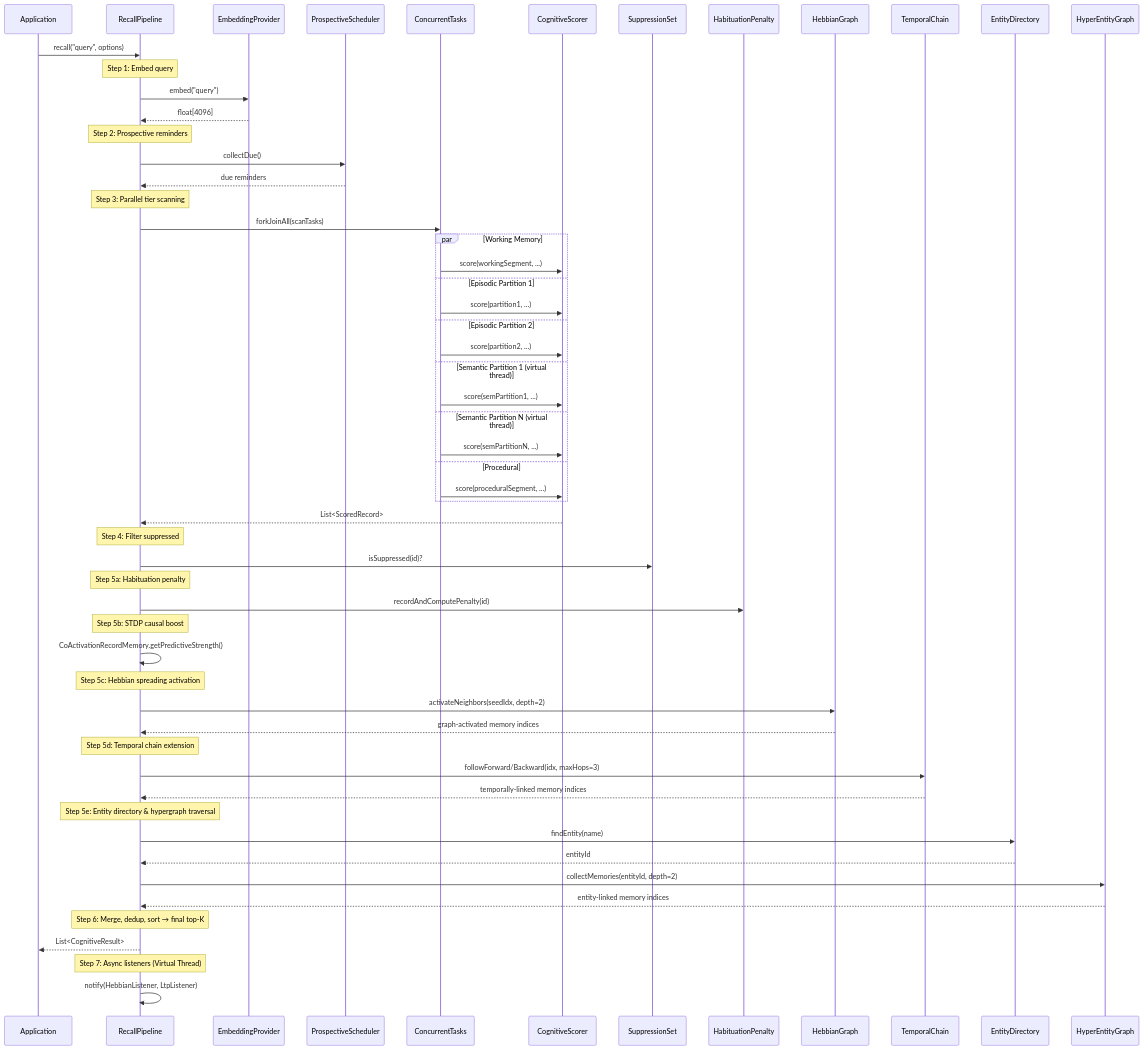
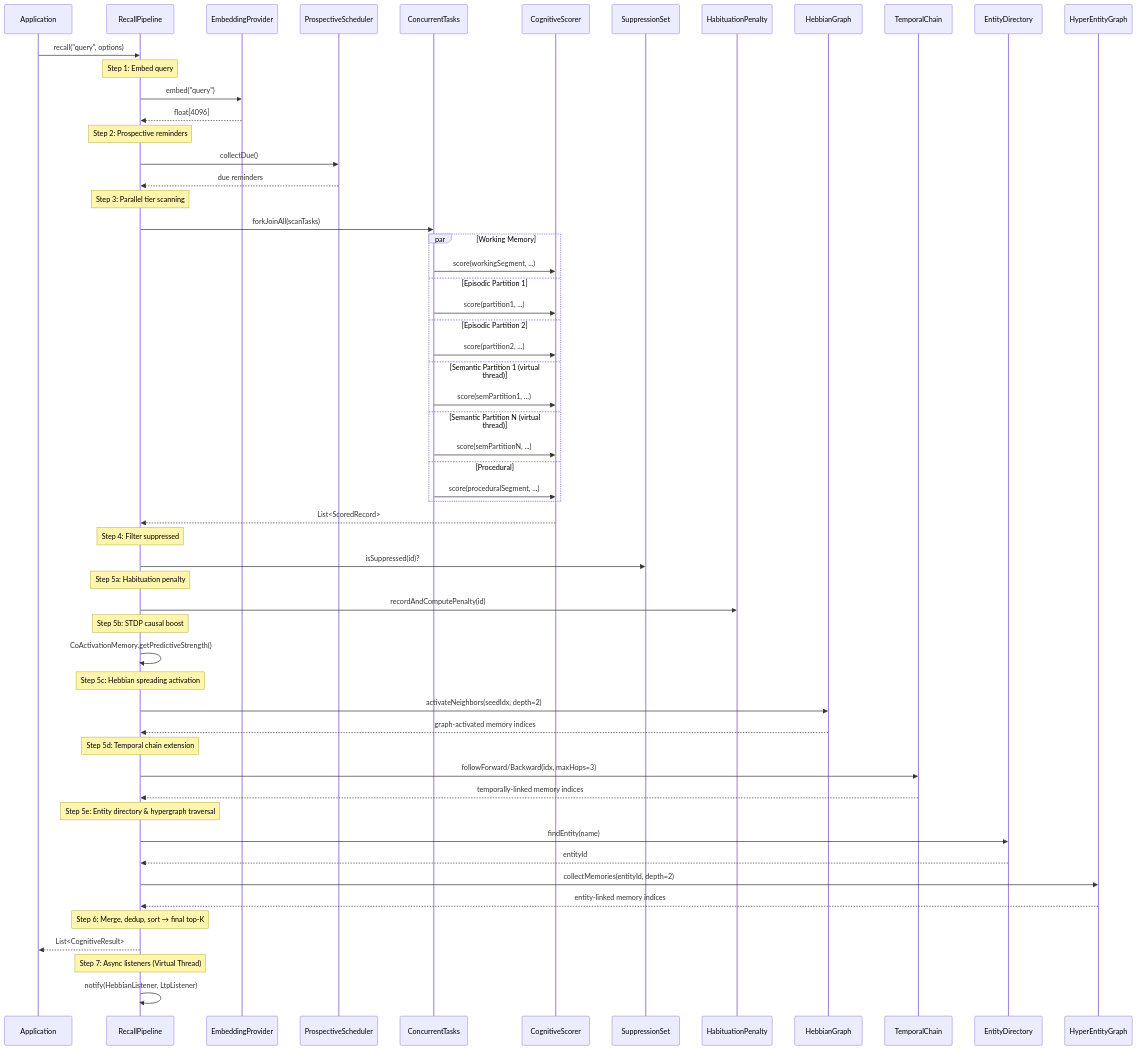
Before and after one commit to spectrayan/spector: the second of 3 diagrams in docs/docs/memory/architecture.md, drawn with Mermaid. The commit also changed other lines of this file and 379 other files, not shown here.

First line of the commit message:
refactor(memory): unified engram encoding header architecture (ADR-0030) and header fork collapse (#750)

````diff
--- a/docs/docs/memory/architecture.md
+++ b/docs/docs/memory/architecture.md
@@ -109,73 +109,73 @@
 ```mermaid
 sequenceDiagram
     participant App as Application
     participant RP as RecallPipeline
     participant EP as EmbeddingProvider
     participant PS as ProspectiveScheduler
     participant CT as ConcurrentTasks
     participant CS as CognitiveScorer
     participant SS as SuppressionSet
     participant HP as HabituationPenalty
     participant HG as HebbianGraph
     participant TC as TemporalChain
     participant ED as EntityDirectory
     participant HEG as HyperEntityGraph
 
     App->>RP: recall("query", options)
     
     Note over RP: Step 1: Embed query
     RP->>EP: embed("query")
     EP-->>RP: float[4096]
     
     Note over RP: Step 2: Prospective reminders
     RP->>PS: collectDue()
     PS-->>RP: due reminders
     
     Note over RP: Step 3: Parallel tier scanning
     RP->>CT: forkJoinAll(scanTasks)
     
     par Working Memory
         CT->>CS: score(workingSegment, ...)
     and Episodic Partition 1
         CT->>CS: score(partition1, ...)
     and Episodic Partition 2
         CT->>CS: score(partition2, ...)
     and Semantic Partition 1 (virtual thread)
         CT->>CS: score(semPartition1, ...)
     and Semantic Partition N (virtual thread)
         CT->>CS: score(semPartitionN, ...)
     and Procedural
         CT->>CS: score(proceduralSegment, ...)
     end
     
     CS-->>RP: List<ScoredRecord>
     
     Note over RP: Step 4: Filter suppressed
     RP->>SS: isSuppressed(id)?
     
     Note over RP: Step 5a: Habituation penalty
     RP->>HP: recordAndComputePenalty(id)
     
     Note over RP: Step 5b: STDP causal boost
-    RP->>RP: CoActivationRecordMemory.getPredictiveStrength()
+    RP->>RP: CoActivationMemory.getPredictiveStrength()
     
     Note over RP: Step 5c: Hebbian spreading activation
     RP->>HG: activateNeighbors(seedIdx, depth=2)
     HG-->>RP: graph-activated memory indices
     
     Note over RP: Step 5d: Temporal chain extension
     RP->>TC: followForward/Backward(idx, maxHops=3)
     TC-->>RP: temporally-linked memory indices
     
     Note over RP: Step 5e: Entity directory & hypergraph traversal
     RP->>ED: findEntity(name)
     ED-->>RP: entityId
     RP->>HEG: collectMemories(entityId, depth=2)
     HEG-->>RP: entity-linked memory indices
     
     Note over RP: Step 6: Merge, dedup, sort → final top-K
     RP-->>App: List<CognitiveResult>
     
     Note over RP: Step 7: Async listeners (Virtual Thread)
     RP->>RP: notify(HebbianListener, LtpListener)
 ```
````
